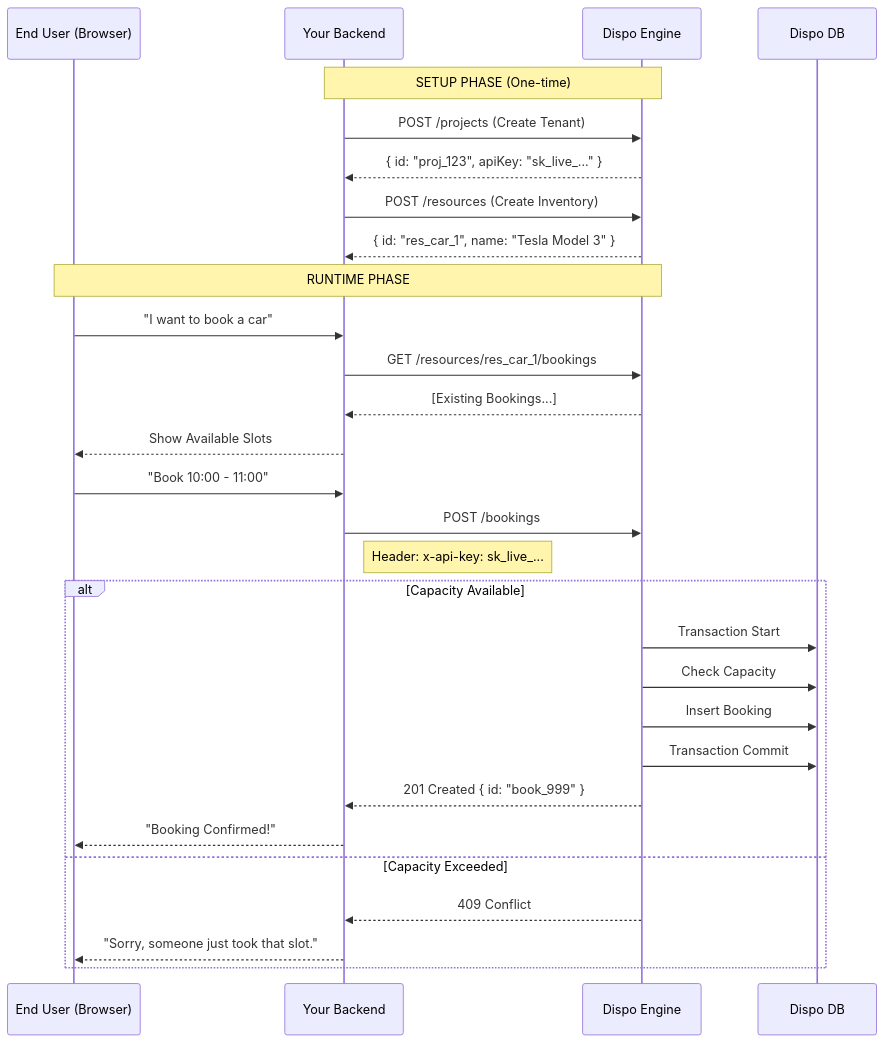
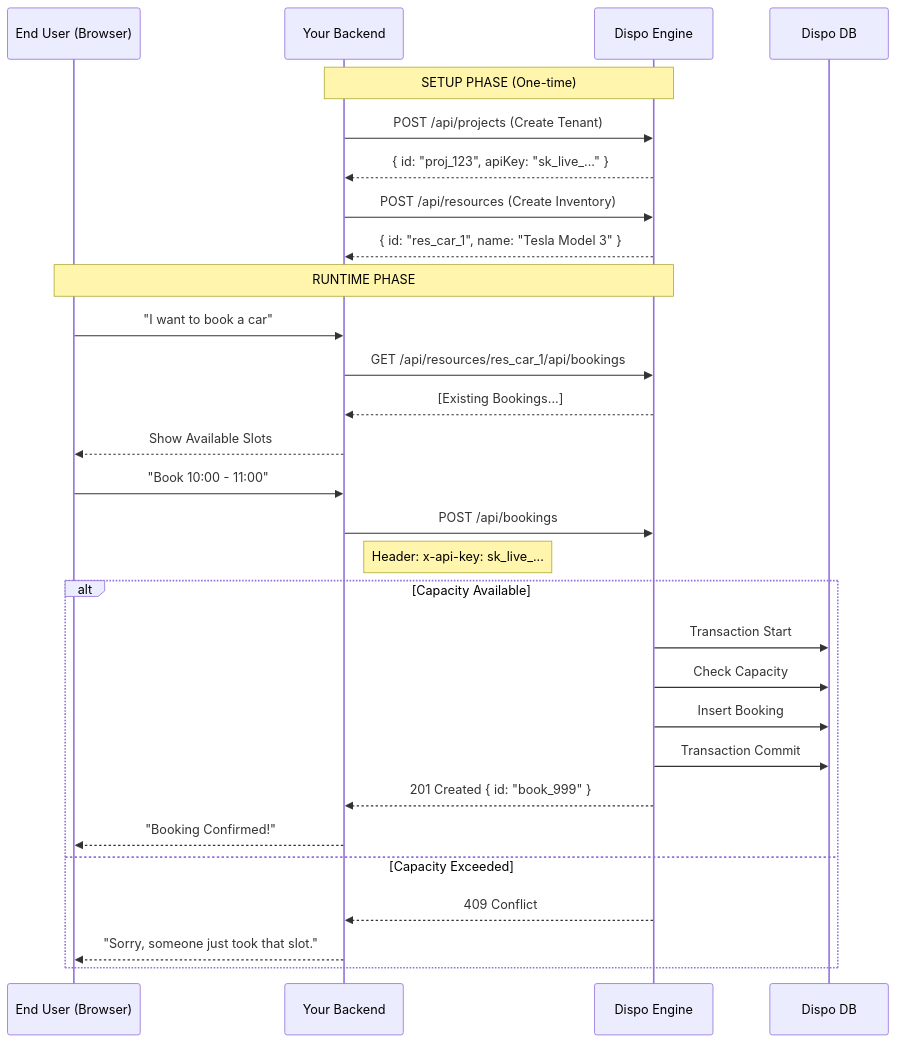
Before and after one commit to riv0manana/dispo.now: the diagram in DX.md, drawn with Mermaid. The commit also changed other lines of this file and 129 other files, not shown here.

````diff
--- a/DX.md
+++ b/DX.md
@@ -59,37 +59,37 @@
 ```mermaid
 sequenceDiagram
     participant EndUser as End User (Browser)
     participant YourApp as Your Backend
     participant Dispo as Dispo Engine
     participant DB as Dispo DB
 
     Note over YourApp, Dispo: SETUP PHASE (One-time)
-    YourApp->>Dispo: POST /projects (Create Tenant)
+    YourApp->>Dispo: POST /api/projects (Create Tenant)
     Dispo-->>YourApp: { id: "proj_123", apiKey: "sk_live_..." }
     
-    YourApp->>Dispo: POST /resources (Create Inventory)
+    YourApp->>Dispo: POST /api/resources (Create Inventory)
     Dispo-->>YourApp: { id: "res_car_1", name: "Tesla Model 3" }
 
     Note over EndUser, Dispo: RUNTIME PHASE
 
     EndUser->>YourApp: "I want to book a car"
-    YourApp->>Dispo: GET /resources/res_car_1/bookings
+    YourApp->>Dispo: GET /api/resources/res_car_1/api/bookings
     Dispo-->>YourApp: [Existing Bookings...]
     YourApp-->>EndUser: Show Available Slots
 
     EndUser->>YourApp: "Book 10:00 - 11:00"
-    YourApp->>Dispo: POST /bookings
+    YourApp->>Dispo: POST /api/bookings
     Note right of YourApp: Header: x-api-key: sk_live_...
     
     alt Capacity Available
         Dispo->>DB: Transaction Start
         Dispo->>DB: Check Capacity
         Dispo->>DB: Insert Booking
         Dispo->>DB: Transaction Commit
         Dispo-->>YourApp: 201 Created { id: "book_999" }
         YourApp-->>EndUser: "Booking Confirmed!"
     else Capacity Exceeded
         Dispo-->>YourApp: 409 Conflict
         YourApp-->>EndUser: "Sorry, someone just took that slot."
     end
 ```
````
